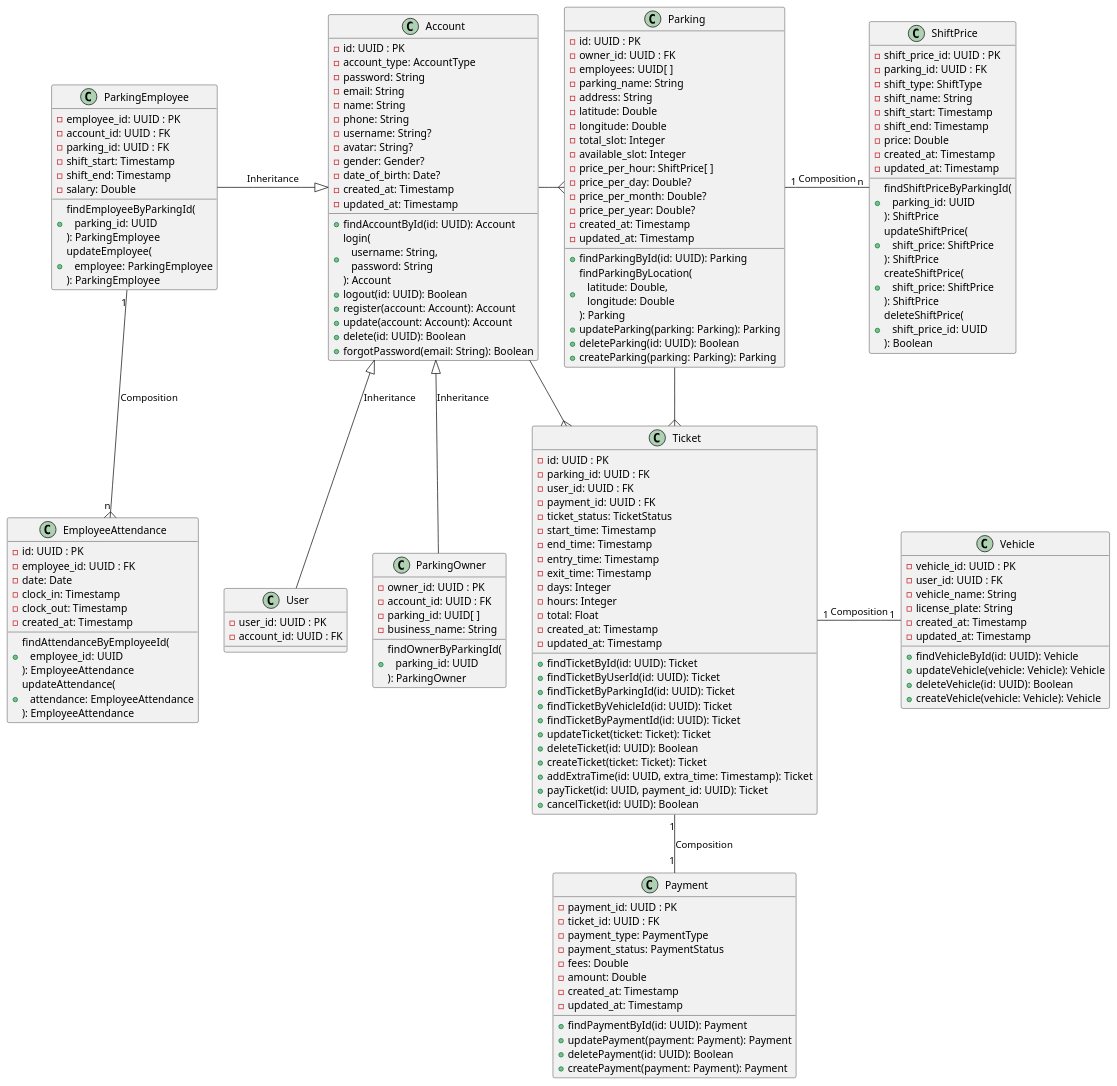
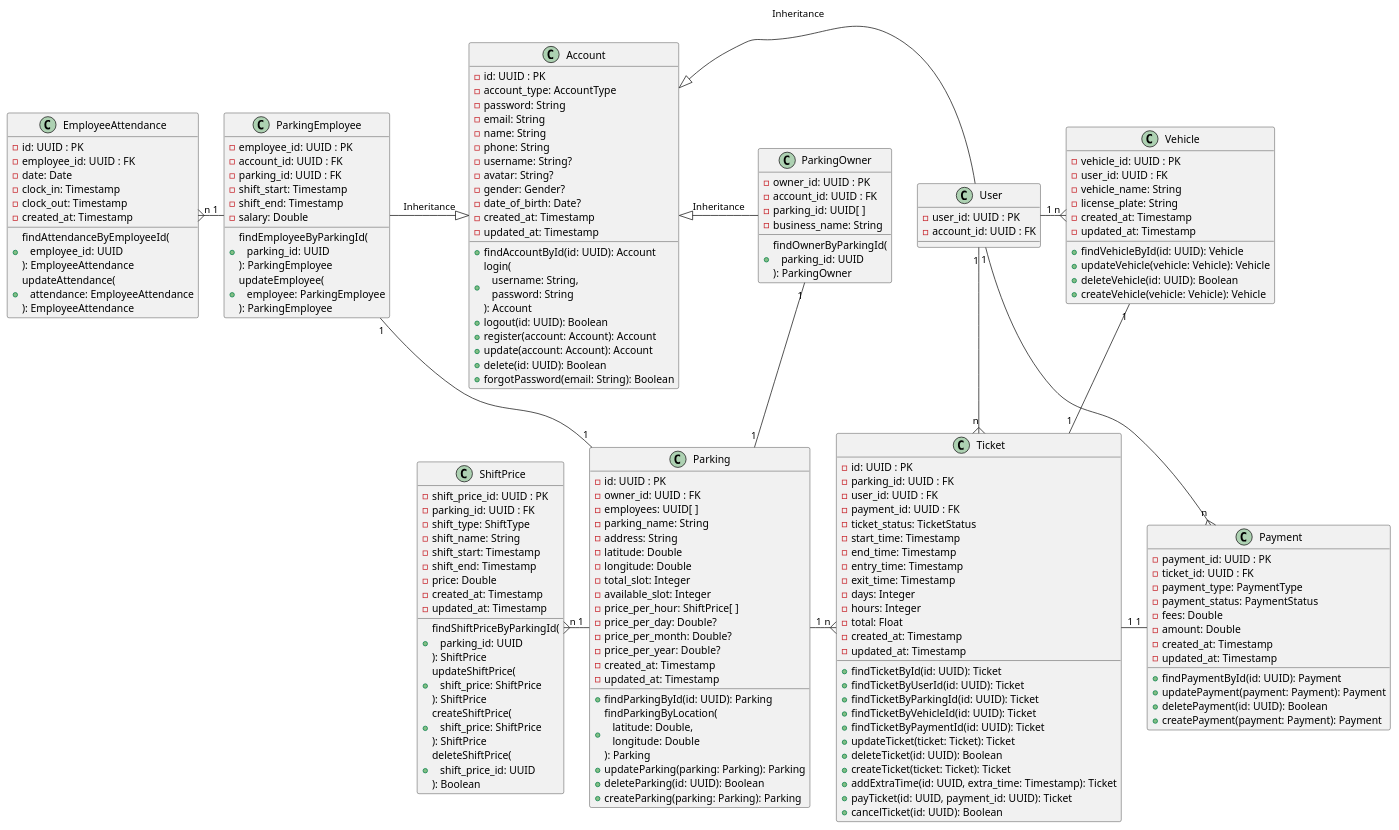
One commit to hieutbui/graduation-diagram changed the diagram in class/all.wsd. Above: the diagram before and after it, drawn with PlantUML. The commit also changed 1 other file, not shown here.

```diff
--- a/class/all.wsd
+++ b/class/all.wsd
@@ -1,176 +1,180 @@
 @startuml class_all
 
 class Account {
   -id: UUID : PK
   -account_type: AccountType
   -password: String
   -email: String
   -name: String
   -phone: String
   -username: String?
   -avatar: String?
   -gender: Gender?
   -date_of_birth: Date?
   -created_at: Timestamp
   -updated_at: Timestamp
 
   +findAccountById(id: UUID): Account
   +login(\n   username: String, \n   password: String\n): Account
   +logout(id: UUID): Boolean
   +register(account: Account): Account
   +update(account: Account): Account
   +delete(id: UUID): Boolean
   +forgotPassword(email: String): Boolean
 }
 
 class User {
   -user_id: UUID : PK
   -account_id: UUID : FK
 }
 
 class ParkingEmployee {
   -employee_id: UUID : PK
   -account_id: UUID : FK
   -parking_id: UUID : FK
   -shift_start: Timestamp
   -shift_end: Timestamp
   -salary: Double
   +findEmployeeByParkingId(\n   parking_id: UUID\n): ParkingEmployee
   +updateEmployee(\n   employee: ParkingEmployee\n): ParkingEmployee
 }
 
 class ParkingOwner {
   -owner_id: UUID : PK
   -account_id: UUID : FK
   -parking_id: UUID[ ]
   -business_name: String
   +findOwnerByParkingId(\n   parking_id: UUID\n): ParkingOwner
 }
 
 class Parking {
   -id: UUID : PK
   -owner_id: UUID : FK
   -employees: UUID[ ]
   -parking_name: String
   -address: String
   -latitude: Double
   -longitude: Double
   -total_slot: Integer
   -available_slot: Integer
   -price_per_hour: ShiftPrice[ ]
   -price_per_day: Double?
   -price_per_month: Double?
   -price_per_year: Double?
   -created_at: Timestamp
   -updated_at: Timestamp
 
   +findParkingById(id: UUID): Parking
   +findParkingByLocation(\n   latitude: Double, \n   longitude: Double\n): Parking
   +updateParking(parking: Parking): Parking
   +deleteParking(id: UUID): Boolean
   +createParking(parking: Parking): Parking
 }
 
 class ShiftPrice {
   -shift_price_id: UUID : PK
   -parking_id: UUID : FK
   -shift_type: ShiftType
   -shift_name: String
   -shift_start: Timestamp
   -shift_end: Timestamp
   -price: Double
   -created_at: Timestamp
   -updated_at: Timestamp
   +findShiftPriceByParkingId(\n   parking_id: UUID\n): ShiftPrice
   +updateShiftPrice(\n   shift_price: ShiftPrice\n): ShiftPrice
   +createShiftPrice(\n   shift_price: ShiftPrice\n): ShiftPrice
   +deleteShiftPrice(\n   shift_price_id: UUID\n): Boolean
 }
 
 class Ticket {
   -id: UUID : PK
   -parking_id: UUID : FK
   -user_id: UUID : FK
   -payment_id: UUID : FK
   -ticket_status: TicketStatus
   -start_time: Timestamp
   -end_time: Timestamp
   -entry_time: Timestamp
   -exit_time: Timestamp
   -days: Integer
   -hours: Integer
   -total: Float
   -created_at: Timestamp
   -updated_at: Timestamp
 
   +findTicketById(id: UUID): Ticket
   +findTicketByUserId(id: UUID): Ticket
   +findTicketByParkingId(id: UUID): Ticket
   +findTicketByVehicleId(id: UUID): Ticket
   +findTicketByPaymentId(id: UUID): Ticket
   +updateTicket(ticket: Ticket): Ticket
   +deleteTicket(id: UUID): Boolean
   +createTicket(ticket: Ticket): Ticket
   +addExtraTime(id: UUID, extra_time: Timestamp): Ticket
   +payTicket(id: UUID, payment_id: UUID): Ticket
   +cancelTicket(id: UUID): Boolean
 }
 
 class Vehicle {
   -vehicle_id: UUID : PK
   -user_id: UUID : FK
   -vehicle_name: String
   -license_plate: String
   -created_at: Timestamp
   -updated_at: Timestamp
 
   +findVehicleById(id: UUID): Vehicle
   +updateVehicle(vehicle: Vehicle): Vehicle
   +deleteVehicle(id: UUID): Boolean
   +createVehicle(vehicle: Vehicle): Vehicle
 }
 
 class Payment {
   -payment_id: UUID : PK
   -ticket_id: UUID : FK
   -payment_type: PaymentType
   -payment_status: PaymentStatus
   -fees: Double
   -amount: Double
   -created_at: Timestamp
   -updated_at: Timestamp
 
   +findPaymentById(id: UUID): Payment
   +updatePayment(payment: Payment): Payment
   +deletePayment(id: UUID): Boolean
   +createPayment(payment: Payment): Payment
 }
 
 class EmployeeAttendance {
   -id: UUID : PK
   -employee_id: UUID : FK
   -date: Date
   -clock_in: Timestamp
   -clock_out: Timestamp
   -created_at: Timestamp
   +findAttendanceByEmployeeId(\n   employee_id: UUID\n): EmployeeAttendance
   +updateAttendance(\n   attendance: EmployeeAttendance\n): EmployeeAttendance
 }
 
-Account --{ Ticket
-Account -right-{ Parking
+Account <|- User : Inheritance
+Account <|-left- ParkingEmployee : Inheritance
+Account <|- ParkingOwner : Inheritance
 
-Parking --{ Ticket
+User "1"-{"n" Ticket
+User "1"-{"n" Vehicle
+User "1"-{"n" Payment
 
-Ticket "1"-right-"1" Vehicle : Composition
-Ticket "1"-down-"1" Payment : Composition
+Parking "1"-right-{"n" Ticket
 
-Parking "1"-right-"n" ShiftPrice : Composition
+Ticket "1"-up-"1" Vehicle
+Ticket "1"-right-"1" Payment
 
-Account <|-- User : Inheritance
-Account <|-left- ParkingEmployee : Inheritance
-Account <|-- ParkingOwner : Inheritance
+Parking "1"-left-{"n" ShiftPrice
 
-ParkingEmployee "1"--{"n" EmployeeAttendance : Composition
+ParkingEmployee "1"-left-{"n" EmployeeAttendance
+
+ParkingOwner "1"--"1" Parking
+ParkingEmployee "1"--"1" Parking
 
 @enduml
```
